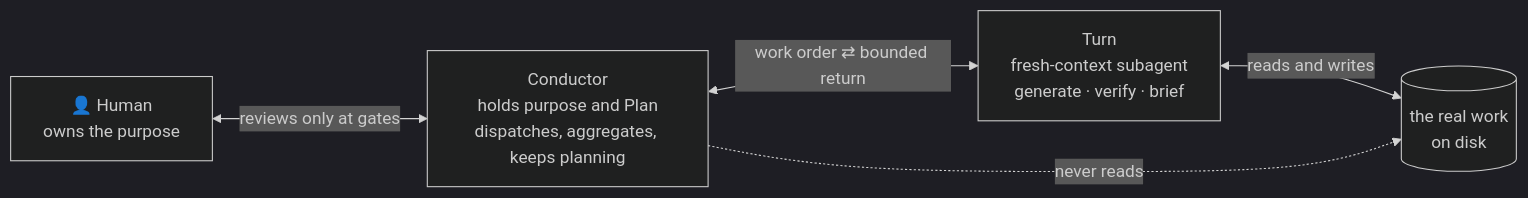
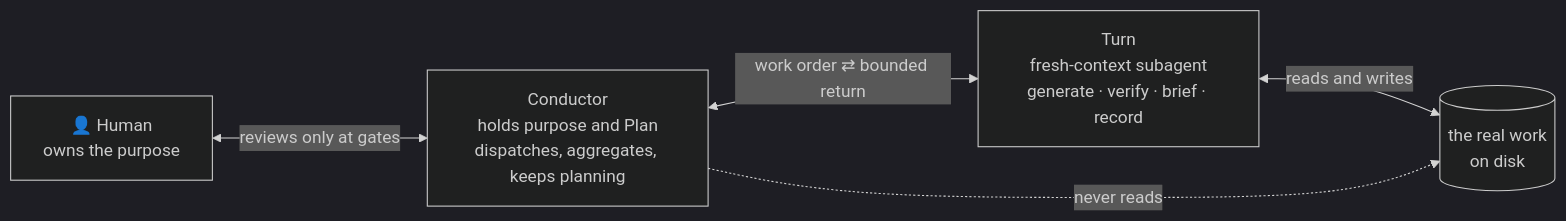
Before and after one commit to lovaizu/ccpm: the first of 3 diagrams in aiya/docs/design.md, drawn with Mermaid (dark theme). The commit also changed other lines of this file, not shown here.

First line of the commit message:
docs: amend design — record role, three role families, swappable platform backends

````diff
--- a/aiya/docs/design.md
+++ b/aiya/docs/design.md
@@ -25,12 +25,12 @@
 ```mermaid
 flowchart LR
     H["👤 Human<br/>owns the purpose"]
     C["Conductor<br/>holds purpose and Plan<br/>dispatches, aggregates, keeps planning"]
-    T["Turn<br/>fresh-context subagent<br/>generate · verify · brief"]
+    T["Turn<br/>fresh-context subagent<br/>generate · verify · brief · record"]
     A[("the real work<br/>on disk")]
 
     H <-->|"reviews only at gates"| C
     C <-->|"work order ⇄ bounded return"| T
     T <-->|"reads and writes"| A
     C -. "never reads" .-> A
 ```
````
